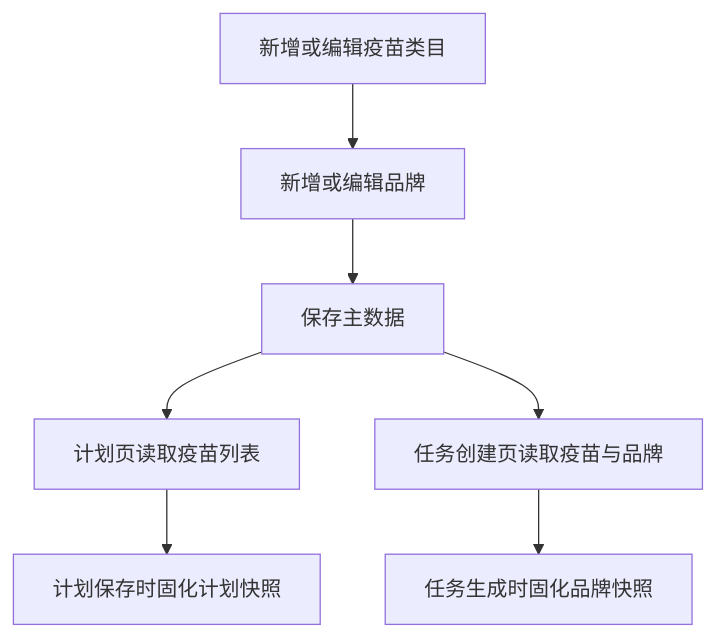
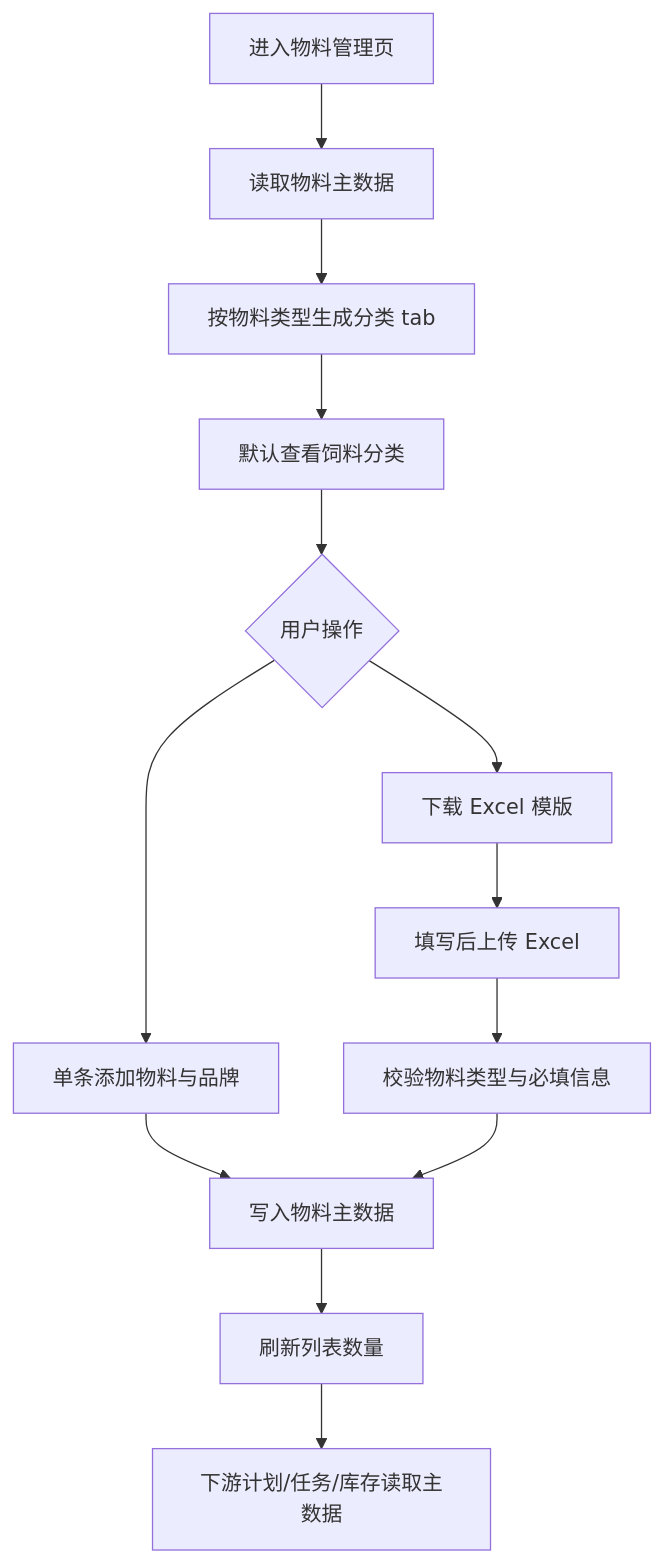
Before and after one commit to 91Dhua/Vaccine: the first of 2 diagrams in prds/vaccine prd/01-疫苗管理.md, drawn with Mermaid. The commit also changed other lines of this file and 57 other files, not shown here.

````diff
--- a/prds/vaccine prd/01-疫苗管理.md
+++ b/prds/vaccine prd/01-疫苗管理.md
@@ -29,9 +31,15 @@
 ```mermaid
 flowchart TD
-  A[新增或编辑疫苗类目] --> B[新增或编辑品牌]
-  B --> C[保存主数据]
-  C --> D[计划页读取疫苗列表]
-  C --> E[任务创建页读取疫苗与品牌]
-  E --> F[任务生成时固化品牌快照]
-  D --> G[计划保存时固化计划快照]
+  A[进入物料管理页] --> B[读取物料主数据]
+  B --> C[按物料类型生成分类 tab]
+  C --> D[默认查看饲料分类]
+  D --> E{用户操作}
+  E --> F[单条添加物料与品牌]
+  E --> G[下载 Excel 模版]
+  G --> H[填写后上传 Excel]
+  H --> I[校验物料类型与必填信息]
+  F --> J[写入物料主数据]
+  I --> J
+  J --> K[刷新列表数量]
+  K --> L[下游计划/任务/库存读取主数据]
 ```
````
